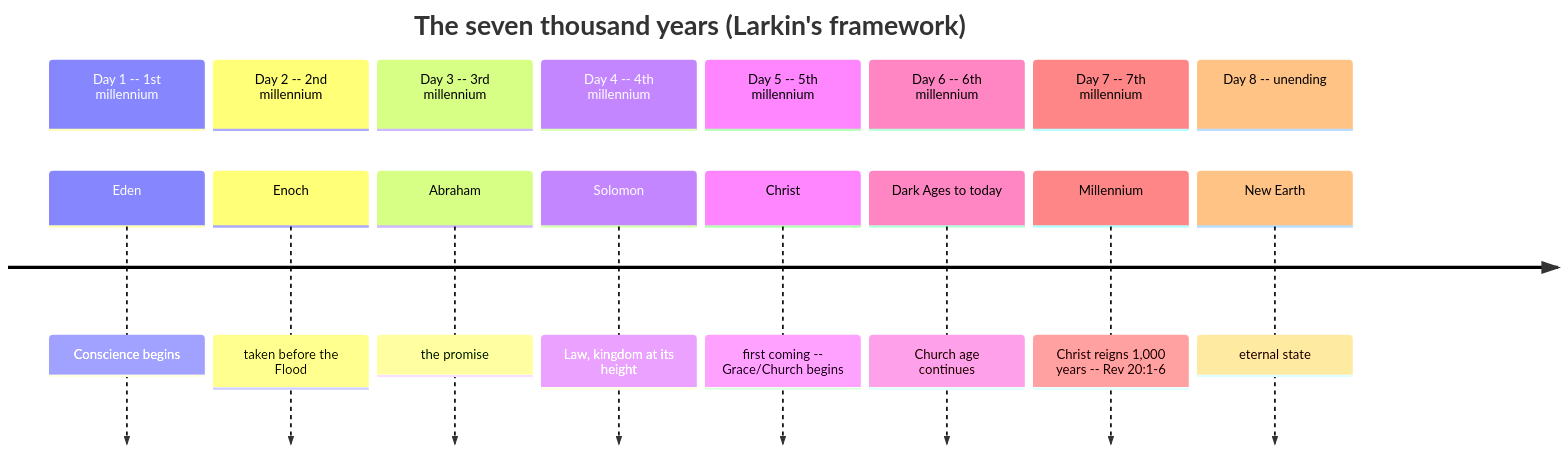
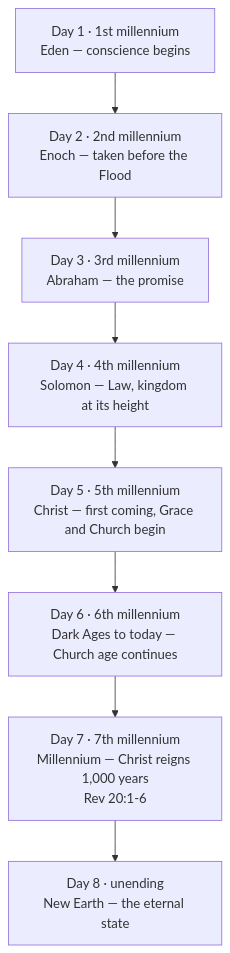
Before and after one commit to ding0t/bible_studies: the first of 2 diagrams in docs/content/last-things/prophecy-chart.md, drawn with Mermaid. The commit also changed other lines of this file and 4 other files, not shown here.

````diff
--- a/docs/content/last-things/prophecy-chart.md
+++ b/docs/content/last-things/prophecy-chart.md
@@ -40,20 +42,10 @@
 ```mermaid
-timeline
-    title The seven thousand years (Larkin's framework)
-    section Day 1 -- 1st millennium
-        Eden : Conscience begins
-    section Day 2 -- 2nd millennium
-        Enoch : taken before the Flood
-    section Day 3 -- 3rd millennium
-        Abraham : the promise
-    section Day 4 -- 4th millennium
-        Solomon : Law, kingdom at its height
-    section Day 5 -- 5th millennium
-        Christ : first coming -- Grace/Church begins
-    section Day 6 -- 6th millennium
-        Dark Ages to today : Church age continues
-    section Day 7 -- 7th millennium
-        Millennium : Christ reigns 1,000 years -- Rev 20:1-6
-    section Day 8 -- unending
-        New Earth : eternal state
+flowchart TD
+    A["Day 1 · 1st millennium<br/>Eden — conscience begins"] --> B["Day 2 · 2nd millennium<br/>Enoch — taken before the Flood"]
+    B --> C["Day 3 · 3rd millennium<br/>Abraham — the promise"]
+    C --> D["Day 4 · 4th millennium<br/>Solomon — Law, kingdom at its height"]
+    D --> E["Day 5 · 5th millennium<br/>Christ — first coming, Grace and Church begin"]
+    E --> F["Day 6 · 6th millennium<br/>Dark Ages to today — Church age continues"]
+    F --> G["Day 7 · 7th millennium<br/>Millennium — Christ reigns 1,000 years<br/>Rev 20:1-6"]
+    G --> H["Day 8 · unending<br/>New Earth — the eternal state"]
 ```
````
